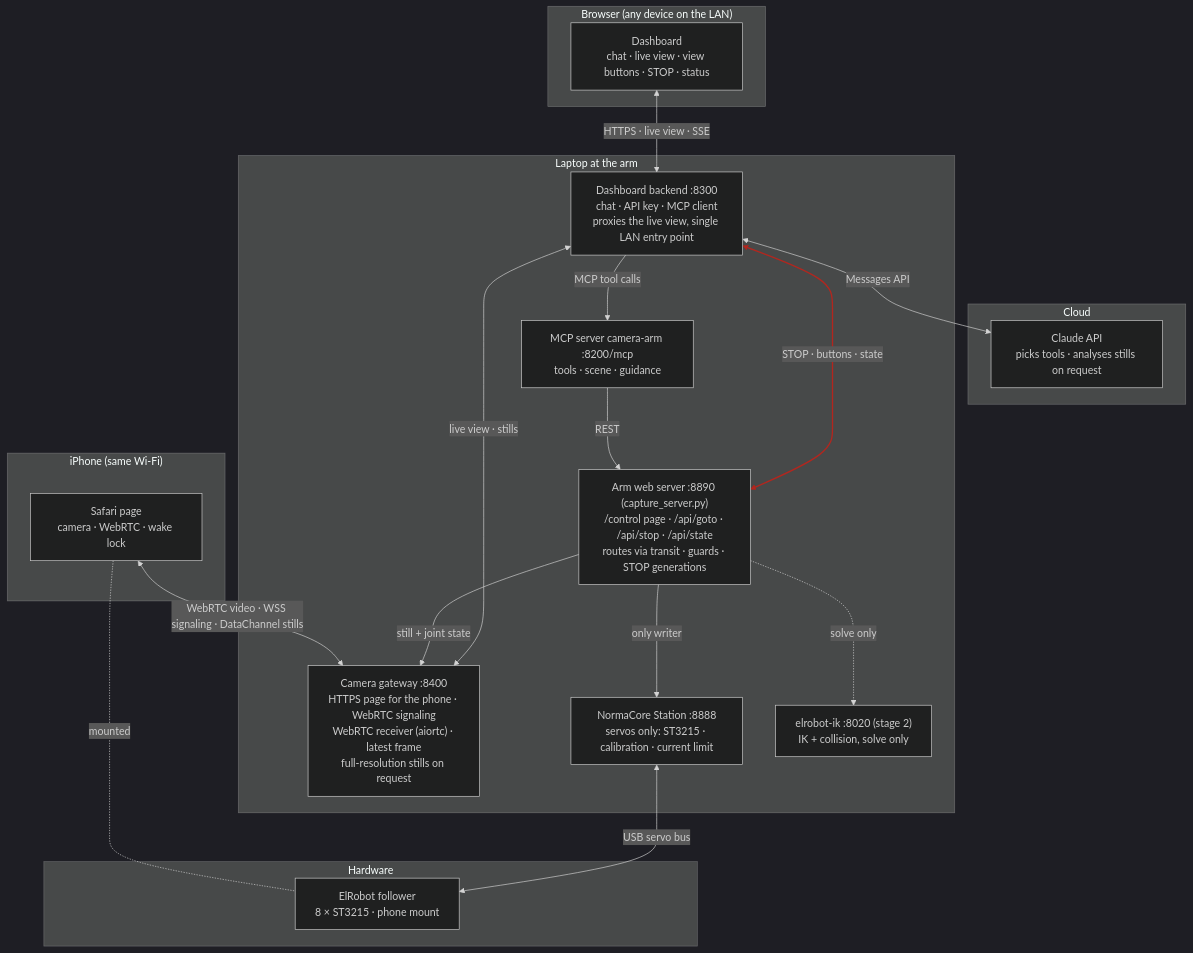
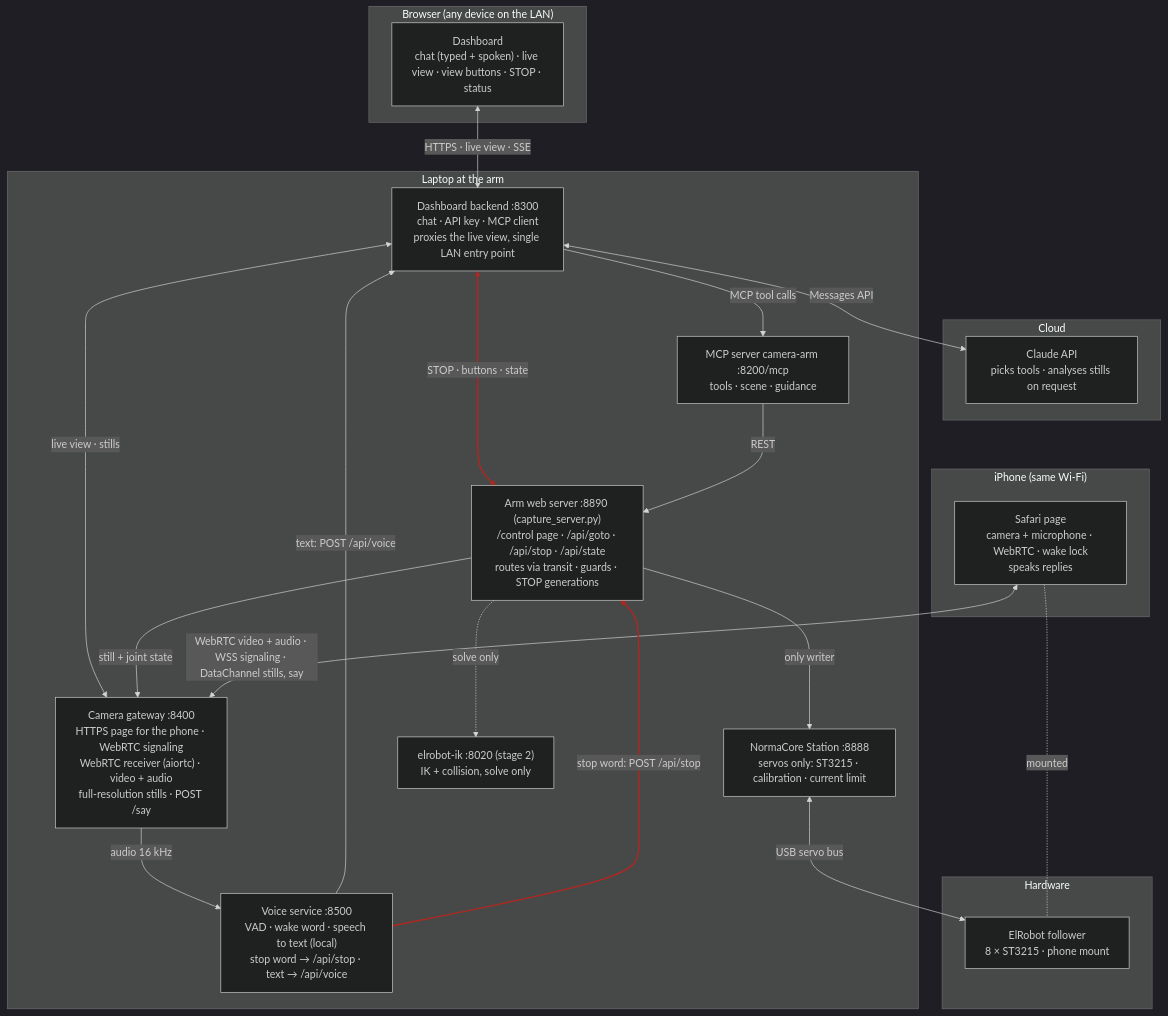
The first of 4 diagrams in docs/ARCHITECTURE.md (fredch16/hacklab_solution), drawn with Mermaid (dark theme) before and after one commit. The commit also changed other lines of this file, not shown here.

First line of the commit message:
Docs: voice path over the iPhone microphone in the architecture

````diff
--- a/docs/ARCHITECTURE.md
+++ b/docs/ARCHITECTURE.md
@@ -27,38 +29,43 @@
 ```mermaid
 flowchart TB
   subgraph browser["Browser (any device on the LAN)"]
-    UI["Dashboard<br/>chat · live view · view buttons · STOP · status"]
+    UI["Dashboard<br/>chat (typed + spoken) · live view · view buttons · STOP · status"]
   end
   subgraph cloud["Cloud"]
     CL["Claude API<br/>picks tools · analyses stills on request"]
   end
   subgraph laptop["Laptop at the arm"]
     BE["Dashboard backend :8300<br/>chat · API key · MCP client<br/>proxies the live view, single LAN entry point"]
     MCP["MCP server camera-arm :8200/mcp<br/>tools · scene · guidance"]
-    GW["Camera gateway :8400<br/>HTTPS page for the phone · WebRTC signaling<br/>WebRTC receiver (aiortc) · latest frame<br/>full-resolution stills on request"]
+    GW["Camera gateway :8400<br/>HTTPS page for the phone · WebRTC signaling<br/>WebRTC receiver (aiortc) · video + audio<br/>full-resolution stills · POST /say"]
+    VC["Voice service :8500<br/>VAD · wake word · speech to text (local)<br/>stop word → /api/stop · text → /api/voice"]
     CTL["Arm web server :8890 (capture_server.py)<br/>/control page · /api/goto · /api/stop · /api/state<br/>routes via transit · guards · STOP generations"]
     ST["NormaCore Station :8888<br/>servos only: ST3215 · calibration · current limit"]
     IK["elrobot-ik :8020 (stage 2)<br/>IK + collision, solve only"]
   end
   subgraph phone["iPhone (same Wi-Fi)"]
-    PH["Safari page<br/>camera · WebRTC · wake lock"]
+    PH["Safari page<br/>camera + microphone · WebRTC · wake lock<br/>speaks replies"]
   end
   subgraph hw["Hardware"]
     ARM["ElRobot follower<br/>8 × ST3215 · phone mount"]
   end
 
   UI <-- "HTTPS · live view · SSE" --> BE
   BE <-- "Messages API" --> CL
   BE -- "MCP tool calls" --> MCP
   BE <-- "STOP · buttons · state" --> CTL
   BE <-- "live view · stills" --> GW
   MCP -- "REST" --> CTL
   CTL -- "still + joint state" --> GW
   CTL -- "only writer" --> ST
   CTL -. "solve only" .-> IK
   ST <-- "USB servo bus" --> ARM
-  PH <-- "WebRTC video · WSS signaling · DataChannel stills" --> GW
+  PH <-- "WebRTC video + audio · WSS signaling · DataChannel stills, say" --> GW
   PH -.-|mounted| ARM
+  GW -- "audio 16 kHz" --> VC
+  VC -- "text: POST /api/voice" --> BE
+  VC -- "stop word: POST /api/stop" --> CTL
 
   linkStyle 3 stroke:#b3261e,stroke-width:2px
+  linkStyle 14 stroke:#b3261e,stroke-width:2px
 ```
````
